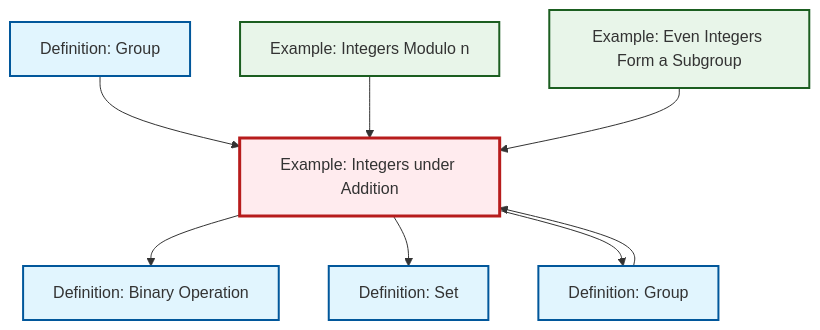
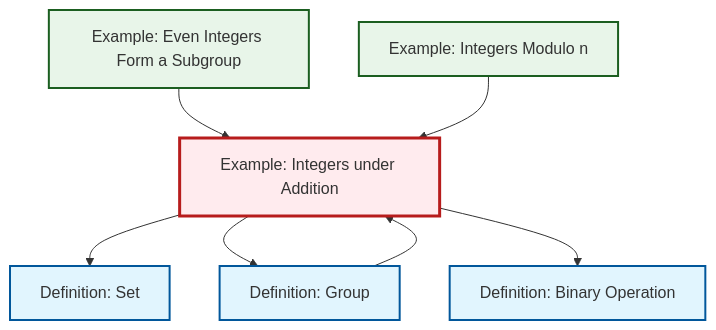
The diagram in output/mermaid/ex-integers-addition.mermaid (RK0429/ModernMath), drawn with Mermaid before and after one commit. The commit also changed 1174 other files, not shown here.

```diff
--- a/output/mermaid/ex-integers-addition.mermaid
+++ b/output/mermaid/ex-integers-addition.mermaid
@@ -1,22 +1,20 @@
 %%| fig-cap: "Local dependency graph"
 graph TD
     classDef definition fill:#e1f5fe,stroke:#01579b,stroke-width:2px
     classDef theorem fill:#f3e5f5,stroke:#4a148c,stroke-width:2px
     classDef axiom fill:#fff3e0,stroke:#e65100,stroke-width:2px
     classDef example fill:#e8f5e9,stroke:#1b5e20,stroke-width:2px
     classDef current fill:#ffebee,stroke:#b71c1c,stroke-width:3px
+    ex-even-integers-subgroup["Example: Even Integers Form a Subgroup"]:::example
+    def-group["Definition: Group"]:::definition
+    ex-quotient-integers-mod-n["Example: Integers Modulo n"]:::example
     def-binary-operation["Definition: Binary Operation"]:::definition
     ex-integers-addition["Example: Integers under Addition"]:::example
-    def-group-example["Definition: Group"]:::definition
-    ex-even-integers-subgroup["Example: Even Integers Form a Subgroup"]:::example
     def-set["Definition: Set"]:::definition
-    ex-quotient-integers-mod-n["Example: Integers Modulo n"]:::example
-    def-group["Definition: Group"]:::definition
-    ex-integers-addition --> def-binary-operation
+    ex-integers-addition --> def-set
     def-group --> ex-integers-addition
-    ex-integers-addition --> def-set
-    def-group-example --> ex-integers-addition
-    ex-quotient-integers-mod-n --> ex-integers-addition
     ex-integers-addition --> def-group
     ex-even-integers-subgroup --> ex-integers-addition
+    ex-integers-addition --> def-binary-operation
+    ex-quotient-integers-mod-n --> ex-integers-addition
     class ex-integers-addition current
```
